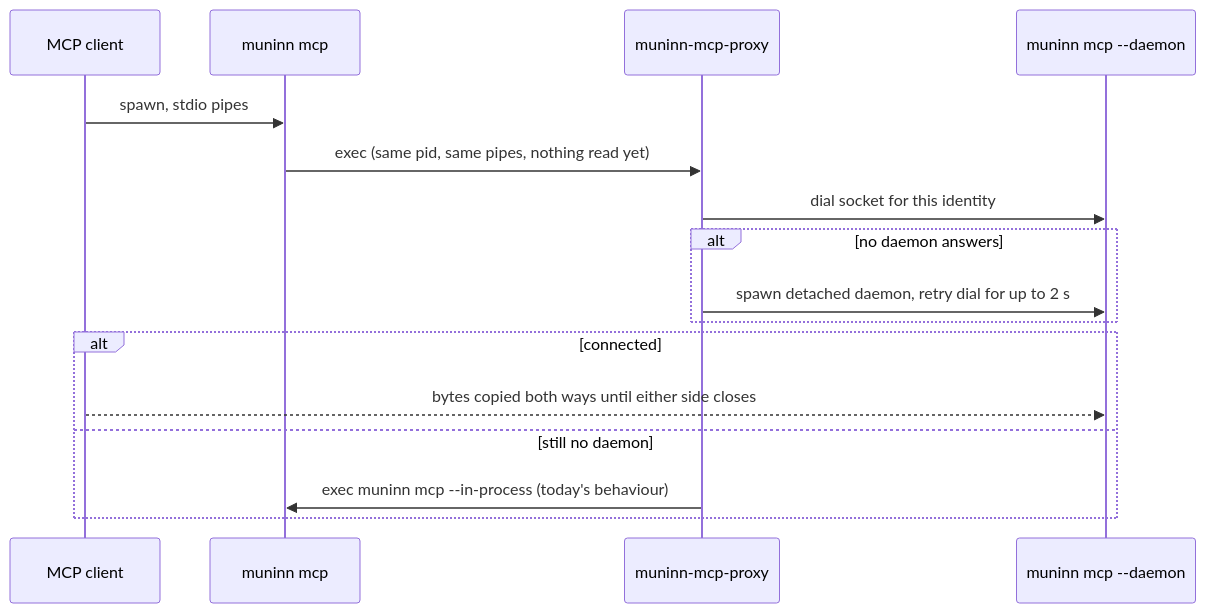
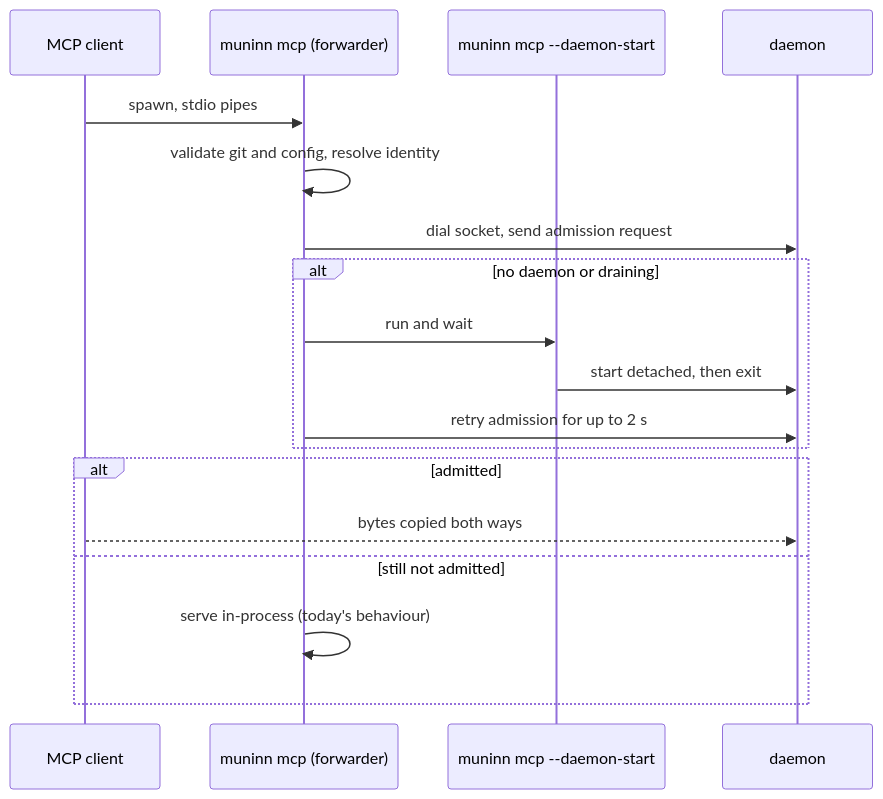
One commit to Broderick-Westrope/muninn changed the diagram in plans/design-2026-10-20-shared-mcp-daemon.md. Above: the diagram before and after it, drawn with Mermaid. The commit also changed other lines of this file, not shown here.

First line of the commit message:
docs: stage the shared MCP daemon and specify admission and session end

````diff
--- a/plans/design-2026-10-20-shared-mcp-daemon.md
+++ b/plans/design-2026-10-20-shared-mcp-daemon.md
@@ -79,18 +112,20 @@
 ```mermaid
 sequenceDiagram
     participant C as MCP client
-    participant M as muninn mcp
-    participant P as muninn-mcp-proxy
-    participant D as muninn mcp --daemon
-    C->>M: spawn, stdio pipes
-    M->>P: exec (same pid, same pipes, nothing read yet)
-    P->>D: dial socket for this identity
-    alt no daemon answers
-        P->>D: spawn detached daemon, retry dial for up to 2 s
+    participant F as muninn mcp (forwarder)
+    participant S as muninn mcp --daemon-start
+    participant D as daemon
+    C->>F: spawn, stdio pipes
+    F->>F: validate git and config, resolve identity
+    F->>D: dial socket, send admission request
+    alt no daemon or draining
+        F->>S: run and wait
+        S->>D: start detached, then exit
+        F->>D: retry admission for up to 2 s
     end
-    alt connected
-        C-->>D: bytes copied both ways until either side closes
-    else still no daemon
-        P->>M: exec muninn mcp --in-process (today's behaviour)
+    alt admitted
+        C-->>D: bytes copied both ways
+    else still not admitted
+        F->>F: serve in-process (today's behaviour)
     end
 ```
````
